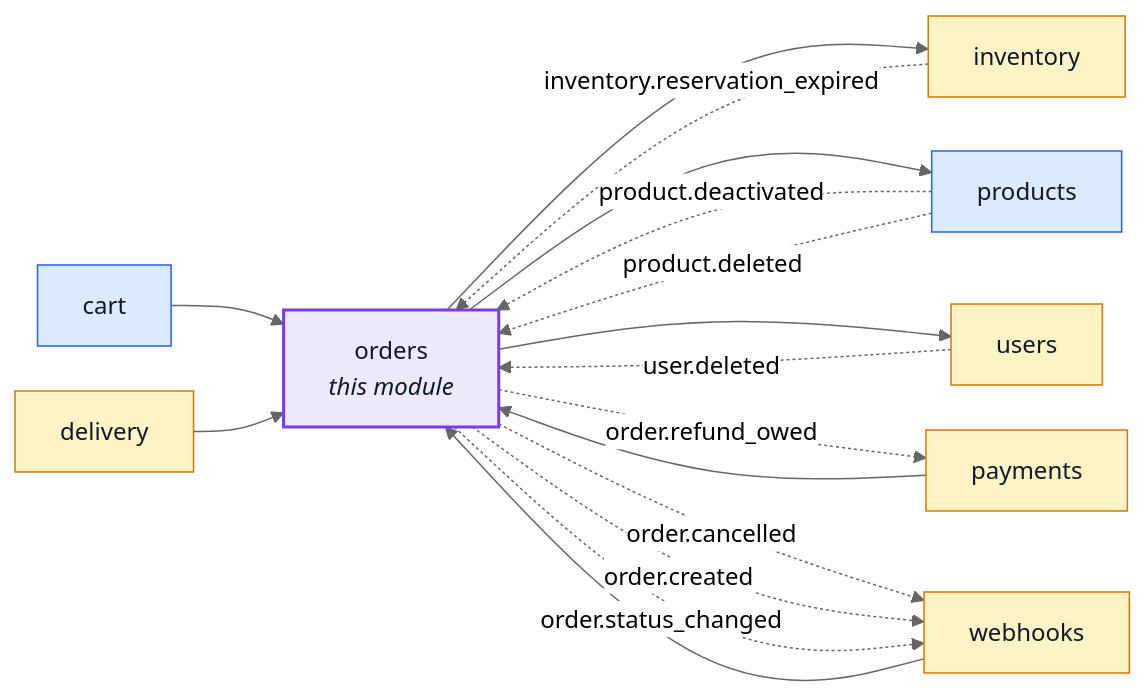
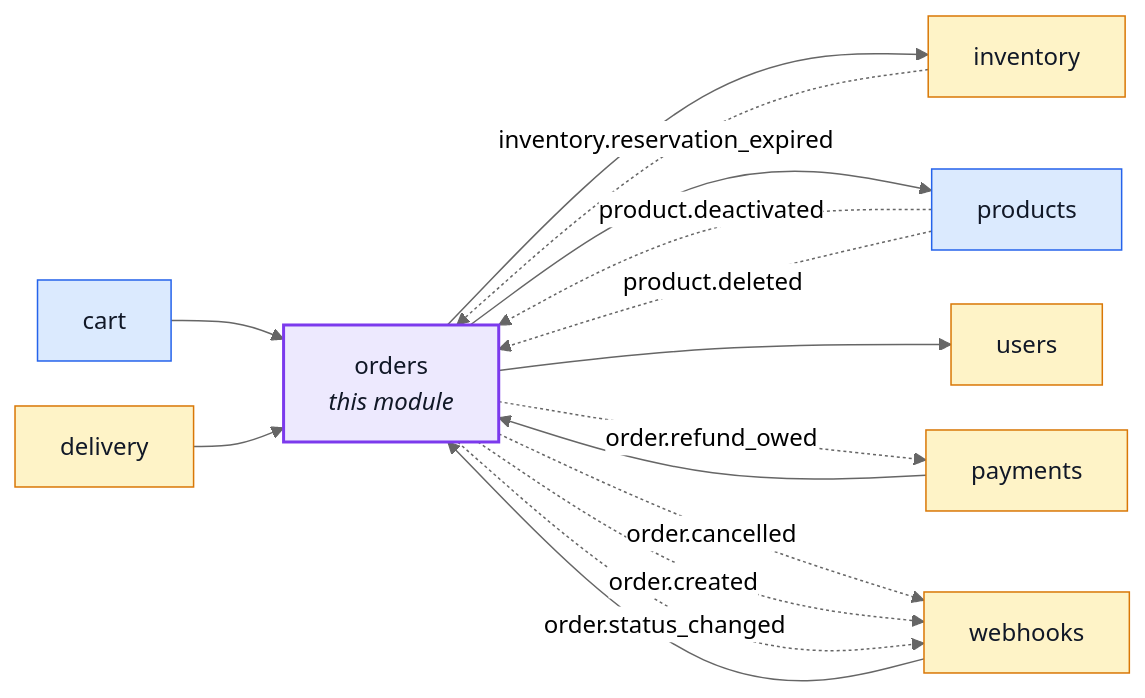
One commit to Guebbit/boilerplate-node-backend changed the first of 2 diagrams in docs/modules/orders.md. Above: the diagram before and after it, drawn with Mermaid (neutral theme). The commit also changed 38 other files, not shown here.

````diff
--- a/docs/modules/orders.md
+++ b/docs/modules/orders.md
@@ -16,36 +16,35 @@
 ```mermaid
 %%{init: {'flowchart': {'nodeSpacing': 30, 'rankSpacing': 60}}}%%
 flowchart LR
     orders["orders<br/><i>this module</i>"]
     cart["cart"]
     delivery["delivery"]
     inventory["inventory"]
     payments["payments"]
     products["products"]
     users["users"]
     webhooks["webhooks"]
 
     cart --> orders
     delivery --> orders
     payments --> orders
     webhooks --> orders
     orders --> inventory
     orders --> products
     orders --> users
     inventory -. "inventory.reservation_expired" .-> orders
     products -. "product.deactivated" .-> orders
     products -. "product.deleted" .-> orders
-    users -. "user.deleted" .-> orders
     orders -. "order.refund_owed" .-> payments
     orders -. "order.cancelled" .-> webhooks
     orders -. "order.created" .-> webhooks
     orders -. "order.status_changed" .-> webhooks
 
     classDef core fill:#dbeafe,stroke:#2563eb,color:#111827;
     classDef supporting fill:#fef3c7,stroke:#d97706,color:#111827;
     classDef generic fill:#dcfce7,stroke:#16a34a,color:#111827;
     classDef centre fill:#ede9fe,stroke:#7c3aed,stroke-width:2px,color:#111827;
     class cart,products core;
     class delivery,inventory,payments,users,webhooks supporting;
     class orders centre;
 ```
````
